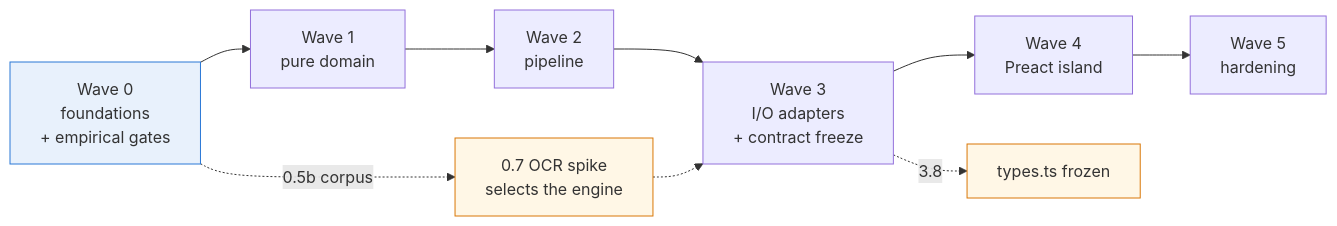
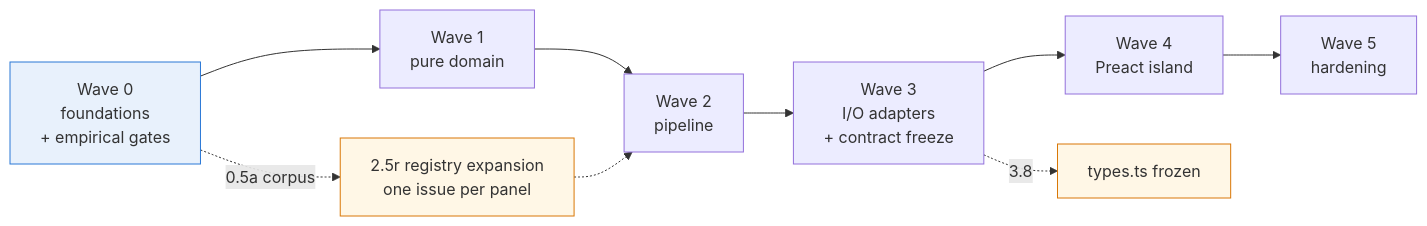
One commit to vdassios/Medigraph changed the fifth of 5 diagrams in README.md. Above: the diagram before and after it, drawn with Mermaid. The commit also changed other lines of this file, not shown here.

````diff
--- a/README.md
+++ b/README.md
@@ -310,16 +383,16 @@
 ```mermaid
 flowchart LR
   W0["Wave 0<br/>foundations<br/>+ empirical gates"] --> W1["Wave 1<br/>pure domain"]
   W1 --> W2["Wave 2<br/>pipeline"]
   W2 --> W3["Wave 3<br/>I/O adapters<br/>+ contract freeze"]
   W3 --> W4["Wave 4<br/>Preact island"]
   W4 --> W5["Wave 5<br/>hardening"]
 
-  W0 -.->|"0.5b corpus"| SP["0.7 OCR spike<br/>selects the engine"]
-  SP -.-> W3
+  W0 -.->|"0.5a corpus"| RG["2.5r registry expansion<br/>one issue per panel"]
+  RG -.-> W2
   W3 -.->|"3.8"| FR["types.ts frozen"]
 
   style W0 fill:#e8f1fc,stroke:#2a78d6
-  style SP fill:#fff7e6,stroke:#d97706
+  style RG fill:#fff7e6,stroke:#d97706
   style FR fill:#fff7e6,stroke:#d97706
 ```
````
